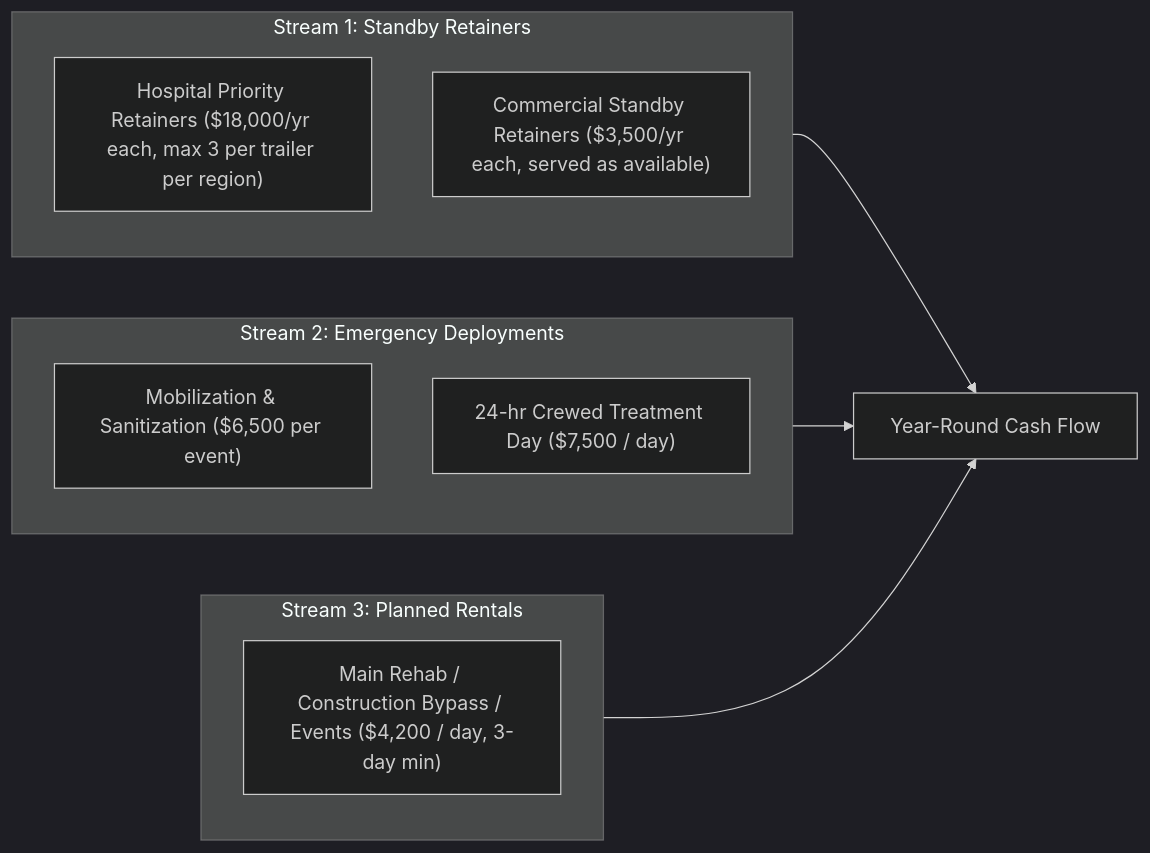
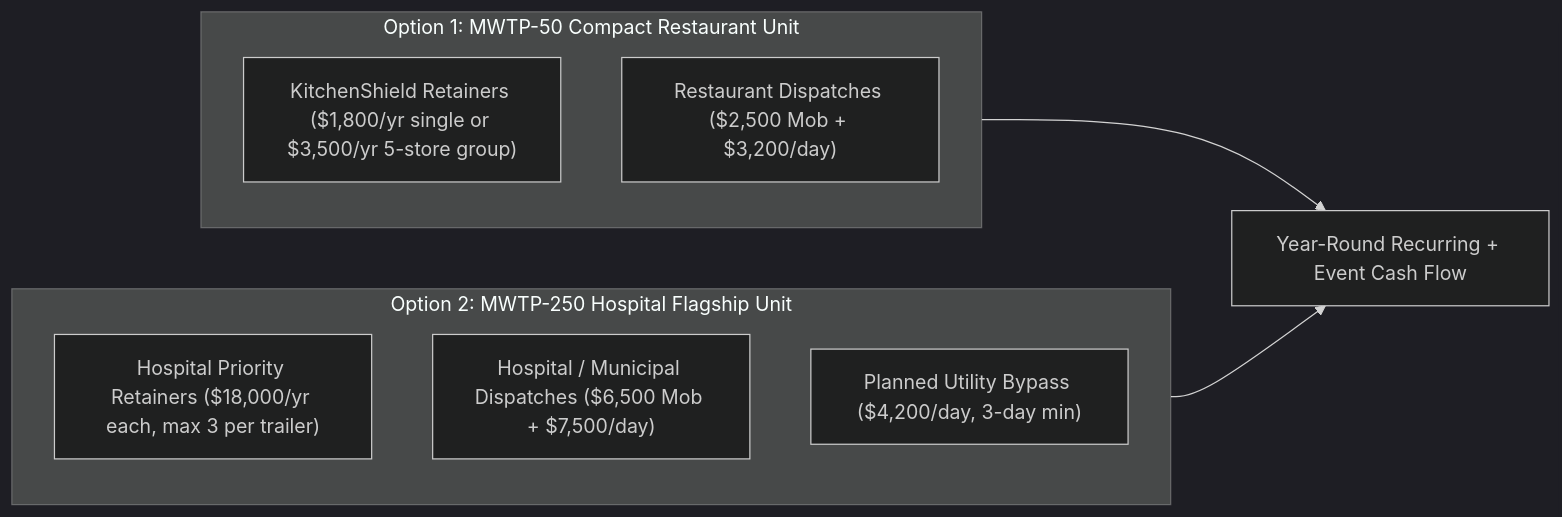
The diagram in mwt/MWTP_250_Bank_Loan_Business_Plan.md (jefrix/ameripro), drawn with Mermaid (dark theme) before and after one commit. The commit also changed other lines of this file and 1 other file, not shown here.

Commit message:
Update Bank Loan Business Plan with Phase 1 MWTP-50 (-) and Phase 2 MWTP-250 () underwriting options

````diff
--- a/mwt/MWTP_250_Bank_Loan_Business_Plan.md
+++ b/mwt/MWTP_250_Bank_Loan_Business_Plan.md
@@ -68,18 +87,15 @@
 ```mermaid
 flowchart LR
-    subgraph R1["Stream 1: Standby Retainers"]
-        H_RET["Hospital Priority Retainers ($18,000/yr each, max 3 per trailer per region)"]
-        R_RET["Commercial Standby Retainers ($3,500/yr each, served as available)"]
+    subgraph M50["Option 1: MWTP-50 Compact Restaurant Unit"]
+        K_RET["KitchenShield Retainers ($1,800/yr single or $3,500/yr 5-store group)"]
+        K_DEP["Restaurant Dispatches ($2,500 Mob + $3,200/day)"]
     end
 
-    subgraph R2["Stream 2: Emergency Deployments"]
-        MOB["Mobilization & Sanitization ($6,500 per event)"]
-        DAY["24-hr Crewed Treatment Day ($7,500 / day)"]
+    subgraph M250["Option 2: MWTP-250 Hospital Flagship Unit"]
+        H_RET["Hospital Priority Retainers ($18,000/yr each, max 3 per trailer)"]
+        H_DEP["Hospital / Municipal Dispatches ($6,500 Mob + $7,500/day)"]
+        PLANNED["Planned Utility Bypass ($4,200/day, 3-day min)"]
     end
 
-    subgraph R3["Stream 3: Planned Rentals"]
-        PLANNED["Main Rehab / Construction Bypass / Events ($4,200 / day, 3-day min)"]
-    end
-
-    R1 & R2 & R3 --> CF["Year-Round Cash Flow"]
+    M50 & M250 --> CF["Year-Round Recurring + Event Cash Flow"]
 ```
````
